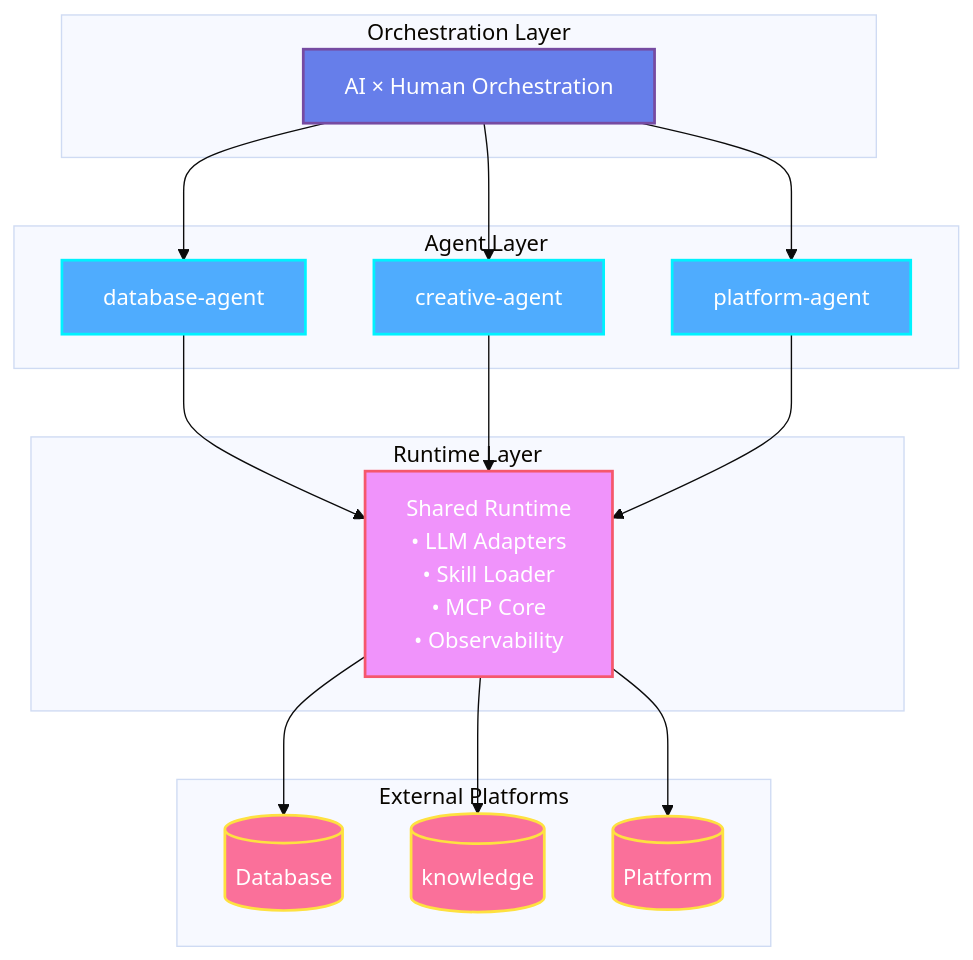
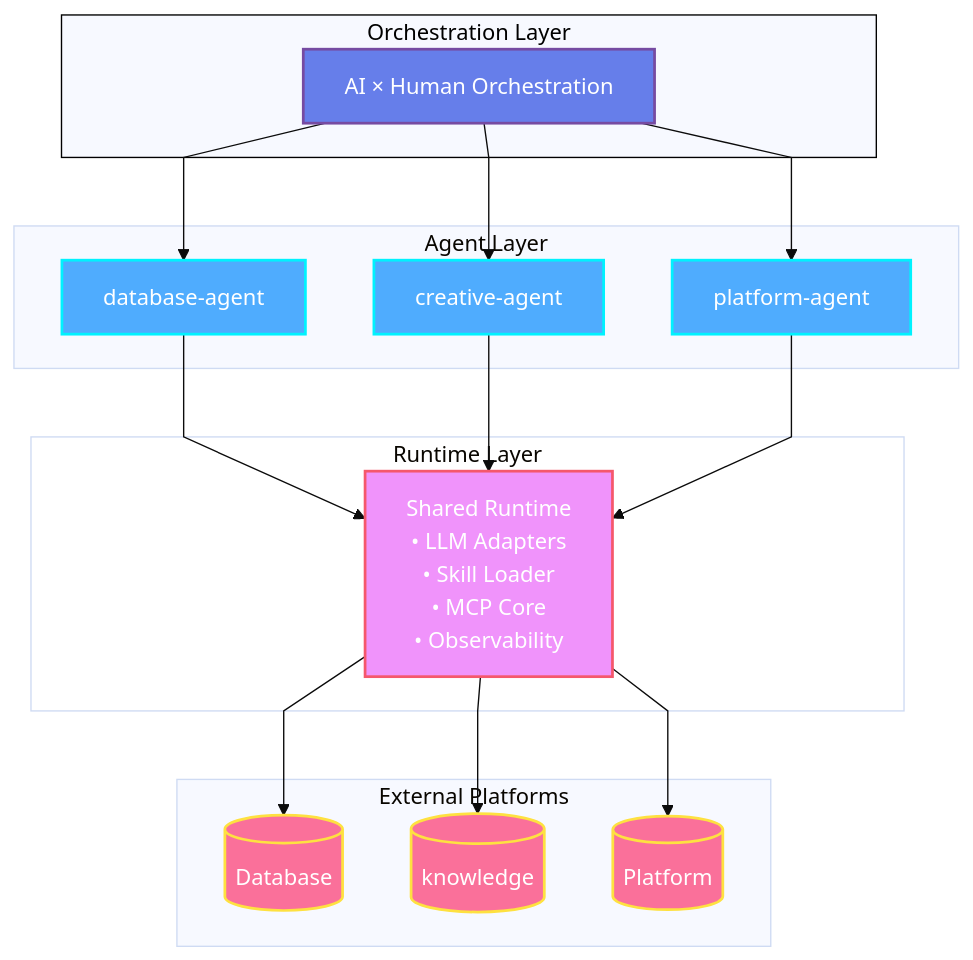
The first of 2 diagrams in README.md (artificial-intelligence-first/aao-skeleton), drawn with Mermaid (base theme) before and after one commit.

Commit message:
Refactor architecture diagram in README

````diff
--- a/README.md
+++ b/README.md
@@ -26,45 +26,49 @@
 ```mermaid
-graph TB
+flowchart TB
+ subgraph subGraph0["Orchestration Layer"]
+        Orchestration["AI × Human Orchestration"]
+  end
+ subgraph subGraph1["Agent Layer"]
+        Agent1["database-agent"]
+        Agent2["creative-agent"]
+        Agent3["platform-agent"]
+  end
+ subgraph subGraph2["Runtime Layer"]
+        Runtime["Shared Runtime<br>• LLM Adapters<br>• Skill Loader<br>• MCP Core<br>• Observability"]
+  end
+ subgraph subGraph3["External Platforms"]
+        Platform1[("Database")]
+        Platform2[("knowledge")]
+        Platform3[("Platform")]
+  end
+    Orchestration L_Orchestration_Agent1_0@--> Agent1 & Agent2 & Agent3
+    Agent1 L_Agent1_Runtime_0@--> Runtime
+    Agent2 L_Agent2_Runtime_0@--> Runtime
+    Agent3 L_Agent3_Runtime_0@--> Runtime
+    Runtime L_Runtime_Platform1_0@--> Platform1 & Platform2 & Platform3
 
-    subgraph "Orchestration Layer"
-        Orchestration[AI × Human Orchestration]
-    end
-
-    subgraph "Agent Layer"
-        Agent1[database-agent]
-        Agent2[creative-agent]
-        Agent3[platform-agent]
-    end
-
-    subgraph "Runtime Layer"
-        Runtime[Shared Runtime<br/>• LLM Adapters<br/>• Skill Loader<br/>• MCP Core<br/>• Observability]
-    end
-
-    subgraph "External Platforms"
-        Platform1[(Database)]
-        Platform2[(knowledge)]
-        Platform3[(Platform)]
-    end
-
-    Orchestration --> Agent1
-    Orchestration --> Agent2
-    Orchestration --> Agent3
-
-    Agent1 --> Runtime
-    Agent2 --> Runtime
-    Agent3 --> Runtime
-
-    Runtime --> Platform1
-    Runtime --> Platform2
-    Runtime --> Platform3
-
+     Orchestration:::orchestrationStyle
+     Agent1:::agentStyle
+     Agent2:::agentStyle
+     Agent3:::agentStyle
+     Runtime:::runtimeStyle
+     Platform1:::platformStyle
+     Platform2:::platformStyle
+     Platform3:::platformStyle
     classDef orchestrationStyle fill:#667eea,stroke:#764ba2,stroke-width:2px,color:#fff
     classDef agentStyle fill:#4facfe,stroke:#00f2fe,stroke-width:2px,color:#fff
     classDef runtimeStyle fill:#f093fb,stroke:#f5576c,stroke-width:2px,color:#fff
     classDef platformStyle fill:#fa709a,stroke:#fee140,stroke-width:2px,color:#fff
+    style subGraph2 fill:transparent
+    style subGraph0 color:#000000,stroke:#000000
 
-    class Orchestration orchestrationStyle
-    class Agent1,Agent2,Agent3 agentStyle
-    class Runtime runtimeStyle
-    class Platform1,Platform2,Platform3 platformStyle
+    L_Orchestration_Agent1_0@{ curve: linear } 
+    L_Orchestration_Agent2_0@{ curve: linear } 
+    L_Orchestration_Agent3_0@{ curve: linear } 
+    L_Agent1_Runtime_0@{ curve: linear } 
+    L_Agent2_Runtime_0@{ curve: linear } 
+    L_Agent3_Runtime_0@{ curve: linear } 
+    L_Runtime_Platform1_0@{ curve: linear } 
+    L_Runtime_Platform2_0@{ curve: linear } 
+    L_Runtime_Platform3_0@{ curve: linear } 
 ```
````
